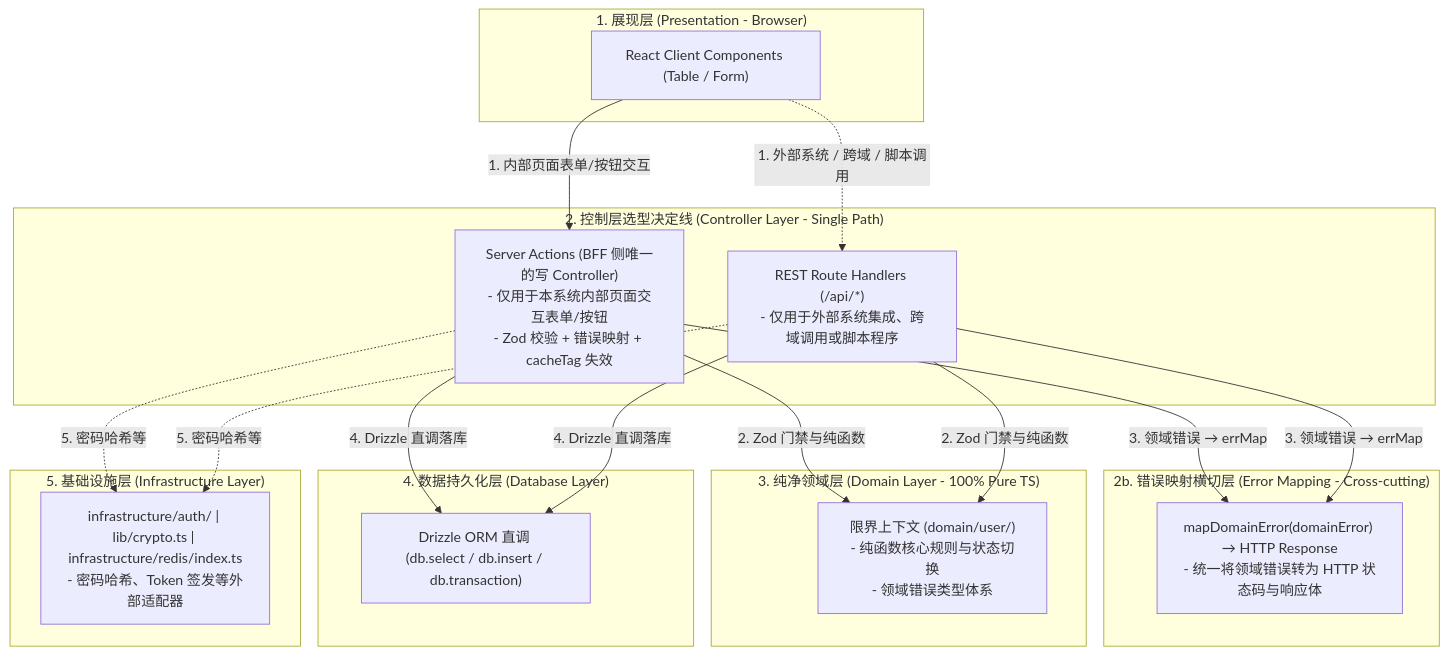
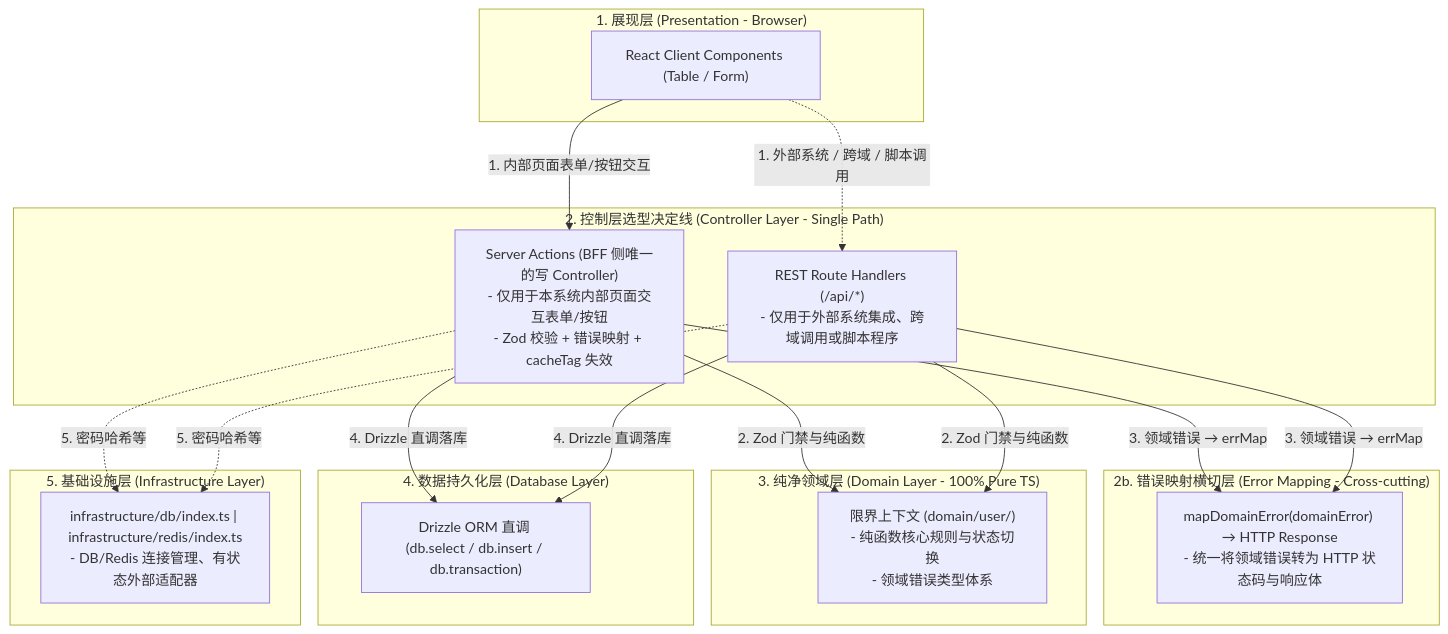
The diagram in docs/portal-architecture-guidelines.md (anjing0524/auth-sso), drawn with Mermaid before and after one commit. The commit also changed other lines of this file and 13 other files, not shown here.

````diff
--- a/docs/portal-architecture-guidelines.md
+++ b/docs/portal-architecture-guidelines.md
@@ -13,43 +13,43 @@
 ```mermaid
 flowchart TD
     subgraph "1. 展现层 (Presentation - Browser)"
         UI["React Client Components (Table / Form)"]
     end
 
     subgraph "2. 控制层选型决定线 (Controller Layer - Single Path)"
         Action["Server Actions (BFF 侧唯一的写 Controller)<br/>- 仅用于本系统内部页面交互表单/按钮<br/>- Zod 校验 + 错误映射 + cacheTag 失效"]
         REST["REST Route Handlers (/api/*)<br/>- 仅用于外部系统集成、跨域调用或脚本程序"]
     end
 
     subgraph "2b. 错误映射横切层 (Error Mapping - Cross-cutting)"
         errMap["mapDomainError(domainError) → HTTP Response<br/>- 统一将领域错误转为 HTTP 状态码与响应体"]
     end
 
     subgraph "3. 纯净领域层 (Domain Layer - 100% Pure TS)"
         domain["限界上下文 (domain/user/)<br/>- 纯函数核心规则与状态切换<br/>- 领域错误类型体系"]
     end
 
     subgraph "4. 数据持久化层 (Database Layer)"
         Drizzle["Drizzle ORM 直调 (db.select / db.insert / db.transaction)"]
     end
 
     subgraph "5. 基础设施层 (Infrastructure Layer)"
-        Infra["infrastructure/auth/ | lib/crypto.ts | infrastructure/redis/index.ts<br/>- 密码哈希、Token 签发等外部适配器"]
+        Infra["infrastructure/db/index.ts | infrastructure/redis/index.ts<br/>- DB/Redis 连接管理、有状态外部适配器"]
     end
 
     %% 控制器分发与数据流
     UI -->|1. 内部页面表单/按钮交互| Action
     UI -.->|1. 外部系统 / 跨域 / 脚本调用| REST
     
     Action -->|2. Zod 门禁与纯函数| domain
     REST -->|2. Zod 门禁与纯函数| domain
     
     Action -->|3. 领域错误 → errMap| errMap
     REST -->|3. 领域错误 → errMap| errMap
     
     Action -->|4. Drizzle 直调落库| Drizzle
     REST -->|4. Drizzle 直调落库| Drizzle
     
     Action -.->|5. 密码哈希等| Infra
     REST -.->|5. 密码哈希等| Infra
 ```
````
